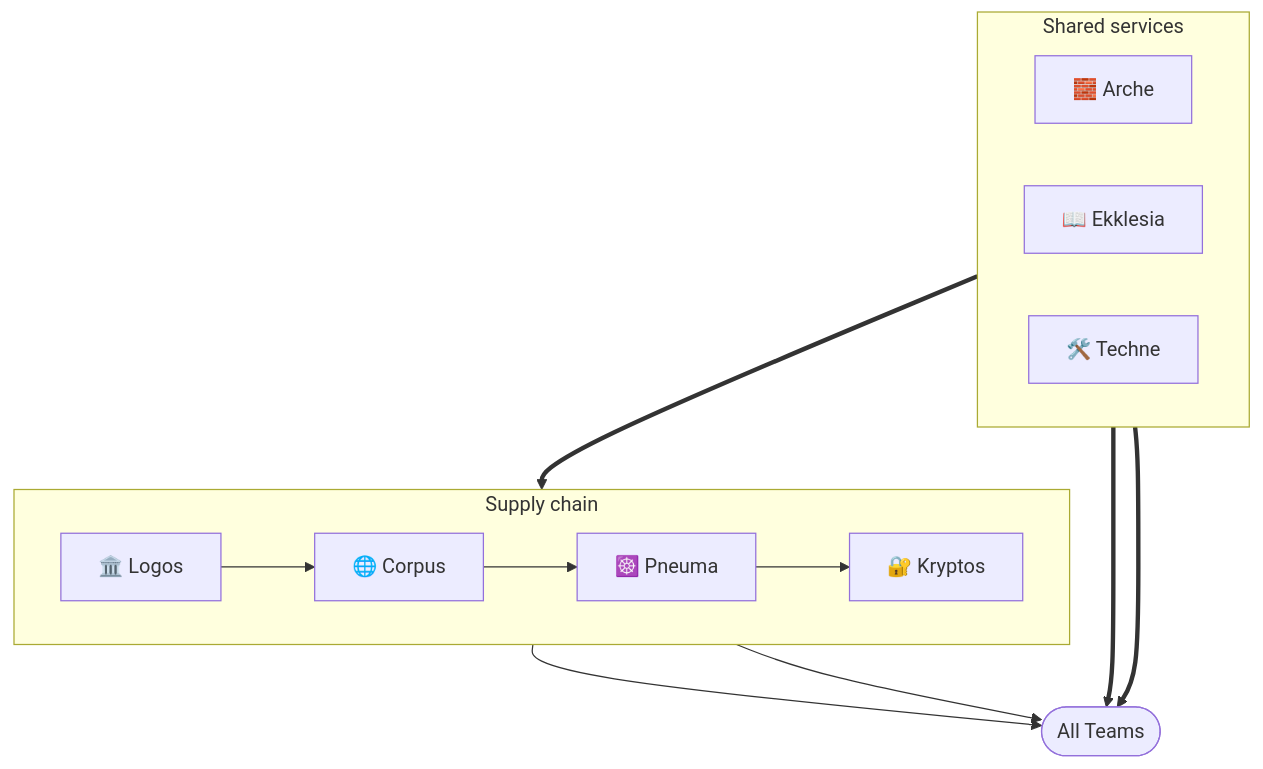
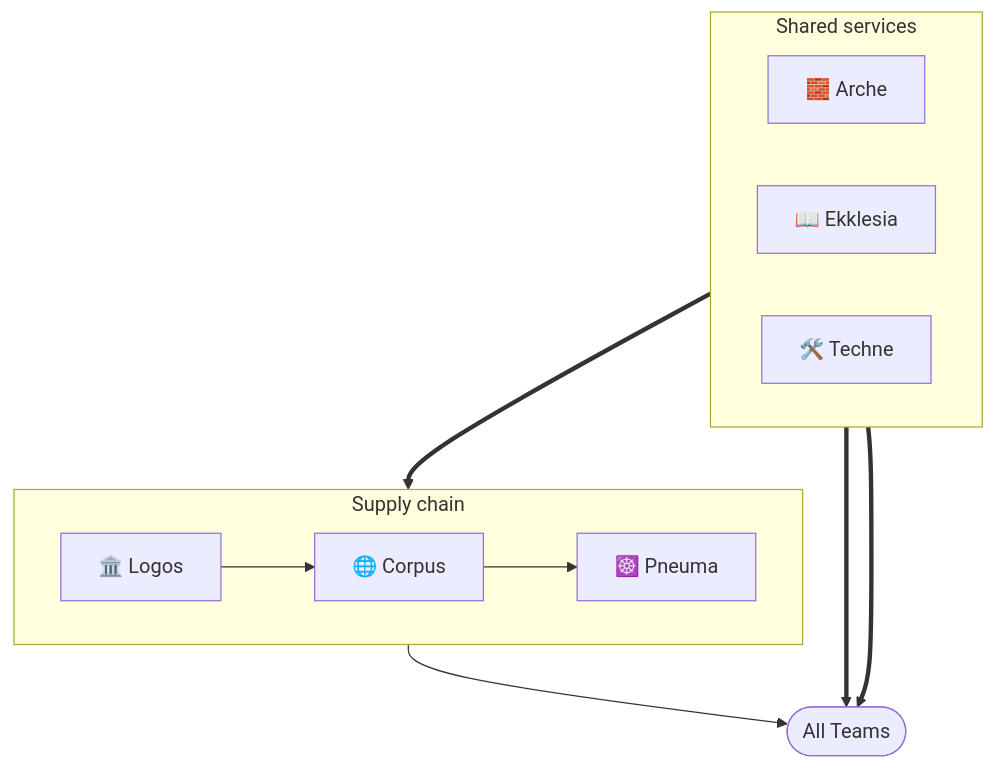
One commit to osinfra-io/pt-ekklesia-docs changed the diagram in docs/platform-grouping/index.md. Above: the diagram before and after it, drawn with Mermaid. The commit also changed other lines of this file and 11 other files, not shown here.

Commit message:
Remove Kryptos and move OpenBao docs under Pneuma (#150)

````diff
--- a/docs/platform-grouping/index.md
+++ b/docs/platform-grouping/index.md
@@ -33,24 +32,22 @@
 ```mermaid
 flowchart TD
     AllTeams(["All Teams"])
 
     subgraph sk ["Shared services"]
         direction LR
         Arche["🧱 Arche"]
         Ekklesia["📖 Ekklesia"]
         Techne["🛠️ Techne"]
     end
 
     subgraph cs ["Supply chain"]
         direction LR
         Logos["🏛️ Logos"] --> Corpus["🌐 Corpus"]
         Corpus --> Pneuma["☸️ Pneuma"]
-        Pneuma --> Kryptos["🔐 Kryptos"]
     end
 
     sk ==> cs
     Ekklesia ==> AllTeams
     Techne ==> AllTeams
     Pneuma --> AllTeams
-    Kryptos --> AllTeams
 ```
````
